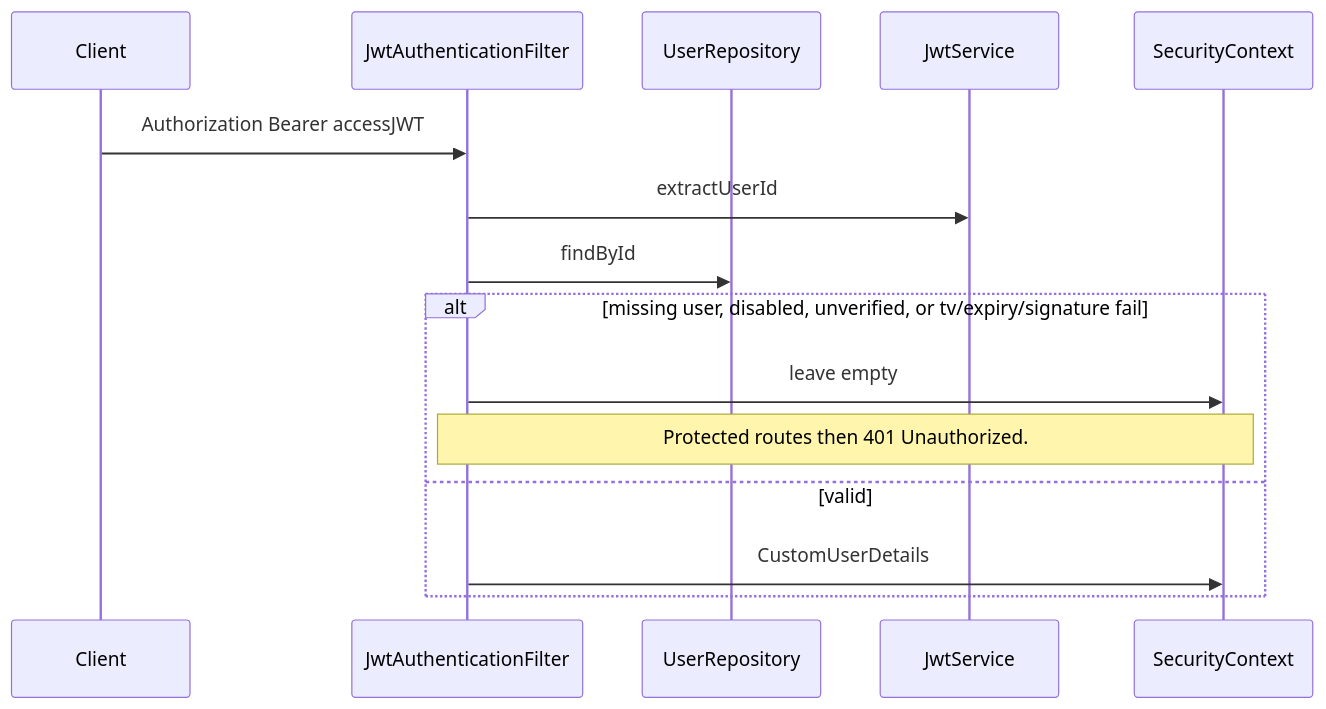
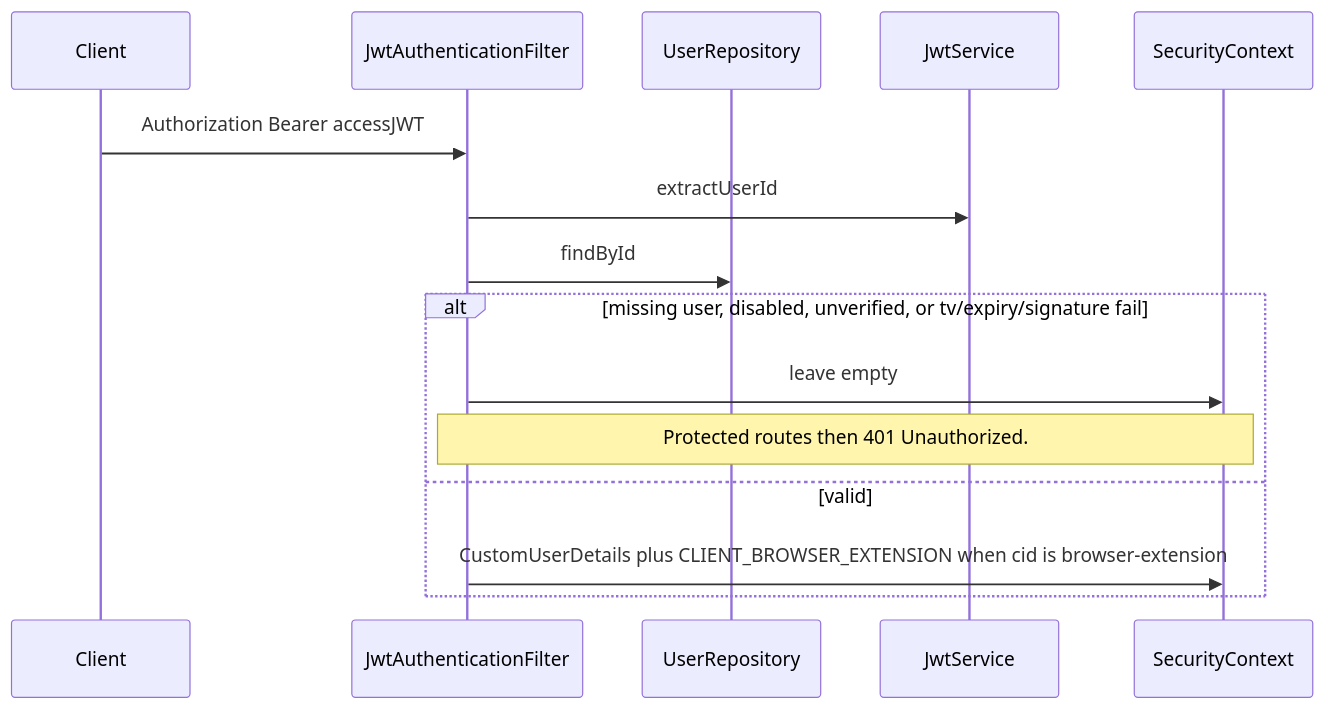
One commit to Venkata-Nageswara-Bhadri78/CodePilot changed the eighth of 8 diagrams in src/main/java/com/developer/copilot/auth/docs/FLOW.md. Above: the diagram before and after it, drawn with Mermaid. The commit also changed other lines of this file and 31 other files, not shown here.

Commit message:
feat(browser-ext): implemented browser-ext access and flow

````diff
--- a/src/main/java/com/developer/copilot/auth/docs/FLOW.md
+++ b/src/main/java/com/developer/copilot/auth/docs/FLOW.md
@@ -180,17 +182,17 @@
 ```mermaid
 sequenceDiagram
     participant C as Client
     participant F as JwtAuthenticationFilter
     participant U as UserRepository
     participant J as JwtService
     participant S as SecurityContext
     C->>F: Authorization Bearer accessJWT
     F->>J: extractUserId
     F->>U: findById
     alt missing user, disabled, unverified, or tv/expiry/signature fail
         F->>S: leave empty
         Note over F,S: Protected routes then 401 Unauthorized.
     else valid
-        F->>S: CustomUserDetails
+        F->>S: CustomUserDetails plus CLIENT_BROWSER_EXTENSION when cid is browser-extension
     end
 ```
````
